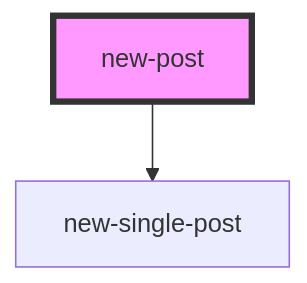
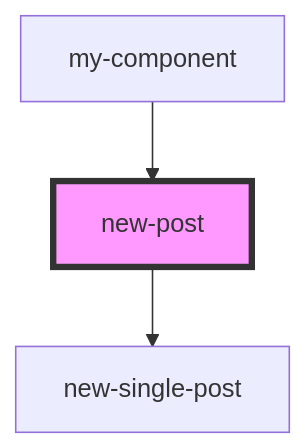
Before and after one commit to Wokh-Dada/wibbitz-stencil: the diagram in src/components/res/view/new-post/readme.md, drawn with Mermaid. The commit also changed other lines of this file and 25 other files, not shown here.

````diff
--- a/src/components/res/view/new-post/readme.md
+++ b/src/components/res/view/new-post/readme.md
@@ -22,5 +35,6 @@
 ```mermaid
 graph TD;
   new-post --> new-single-post
+  my-component --> new-post
   style new-post fill:#f9f,stroke:#333,stroke-width:4px
 ```
````
